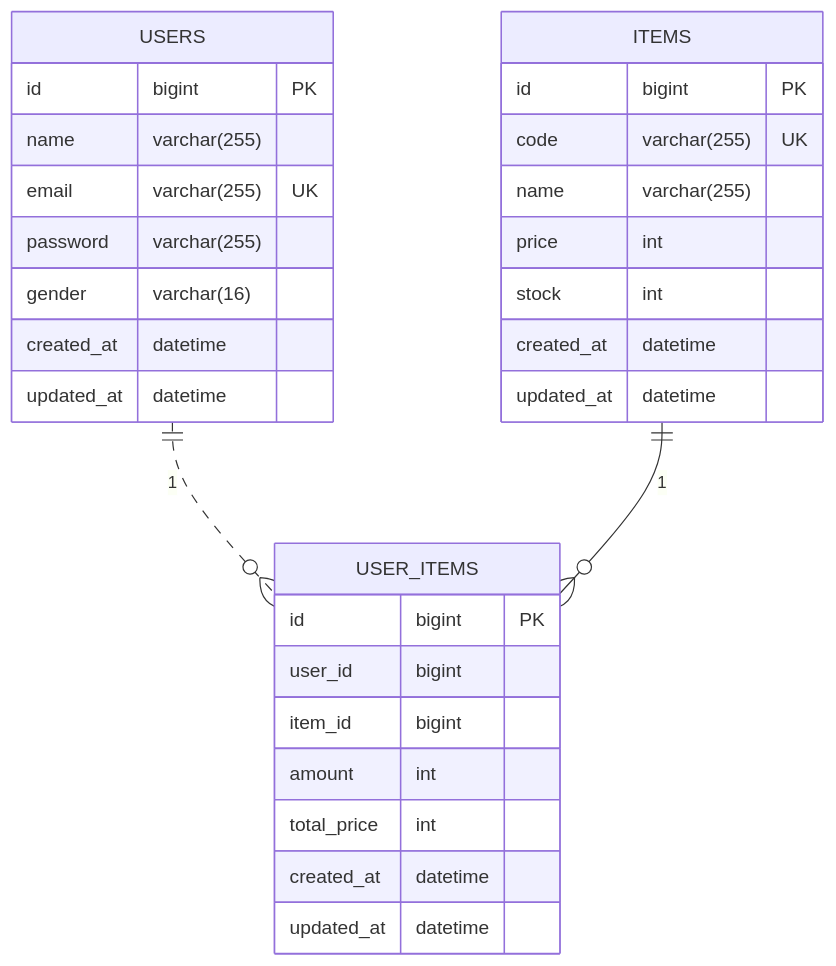
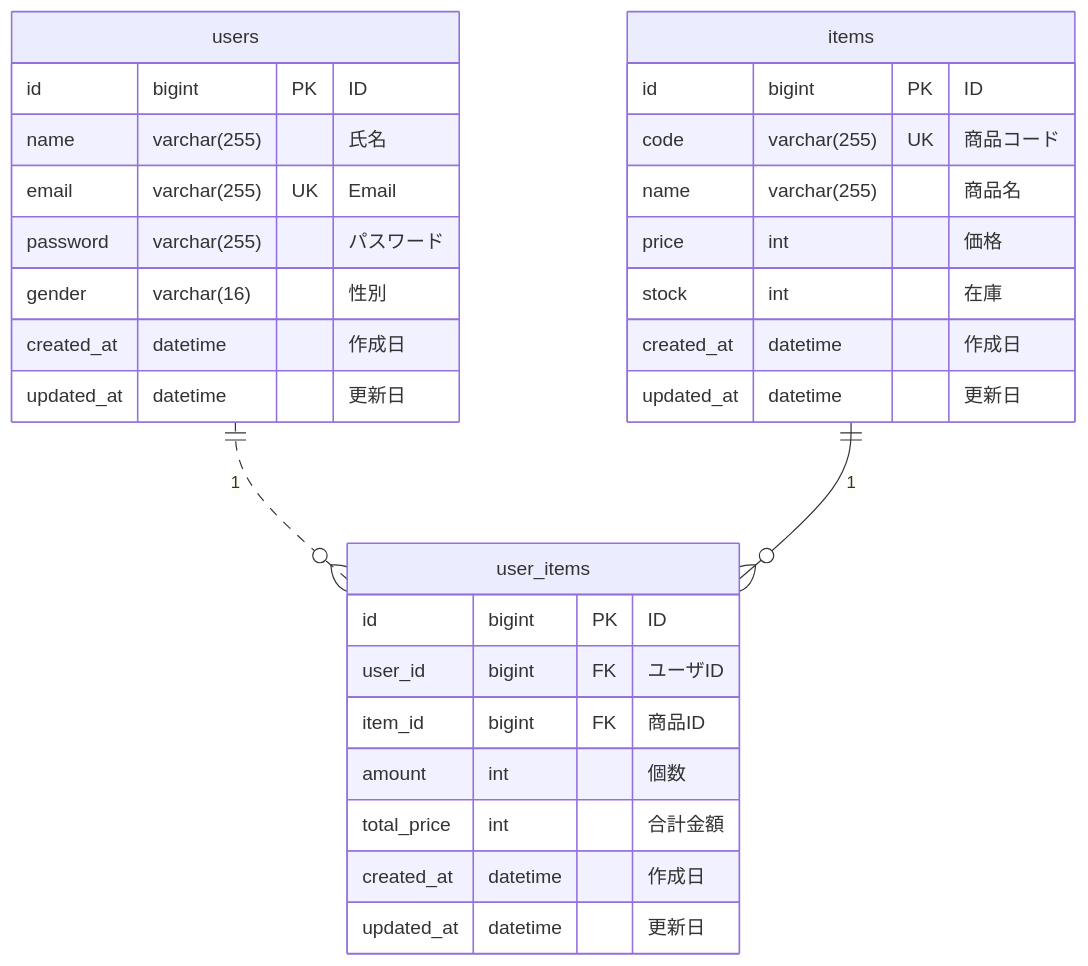
The diagram in doc/er_diagram.md (yse-yoo/my_shop_2024_ig21), drawn with Mermaid before and after one commit.

````diff
--- a/doc/er_diagram.md
+++ b/doc/er_diagram.md
@@ -1,32 +1,32 @@
 ```mermaid
 erDiagram
-    USERS {
-        id bigint PK
-        name varchar(255)
-        email varchar(255) UK
-        password varchar(255)
-        gender varchar(16)
-        created_at datetime
-        updated_at datetime
+    users {
+        id bigint PK "ID"
+        name varchar(255) "氏名"
+        email varchar(255) UK "Email"
+        password varchar(255) "パスワード"
+        gender varchar(16) "性別"
+        created_at datetime "作成日"
+        updated_at datetime "更新日"
     }
-    ITEMS {
-        id bigint PK
-        code varchar(255) UK
-        name varchar(255)
-        price int
-        stock int
-        created_at datetime
-        updated_at datetime
+    items {
+        id bigint PK "ID"
+        code varchar(255) UK "商品コード"
+        name varchar(255) "商品名"
+        price int "価格"
+        stock int "在庫"
+        created_at datetime "作成日"
+        updated_at datetime "更新日"
     }
-    USER_ITEMS {
-        id bigint PK
-        user_id bigint
-        item_id bigint
-        amount int
-        total_price int
-        created_at datetime
-        updated_at datetime
+    user_items {
+        id bigint PK "ID"
+        user_id bigint FK "ユーザID"
+        item_id bigint FK "商品ID"
+        amount int "個数"
+        total_price int "合計金額"
+        created_at datetime "作成日"
+        updated_at datetime "更新日"
     }
-    USERS ||..o{ USER_ITEMS : "1"
-    ITEMS ||--o{ USER_ITEMS : "1"
+    users ||..o{ user_items : "1"
+    items ||--o{ user_items : "1"
 ```
````
